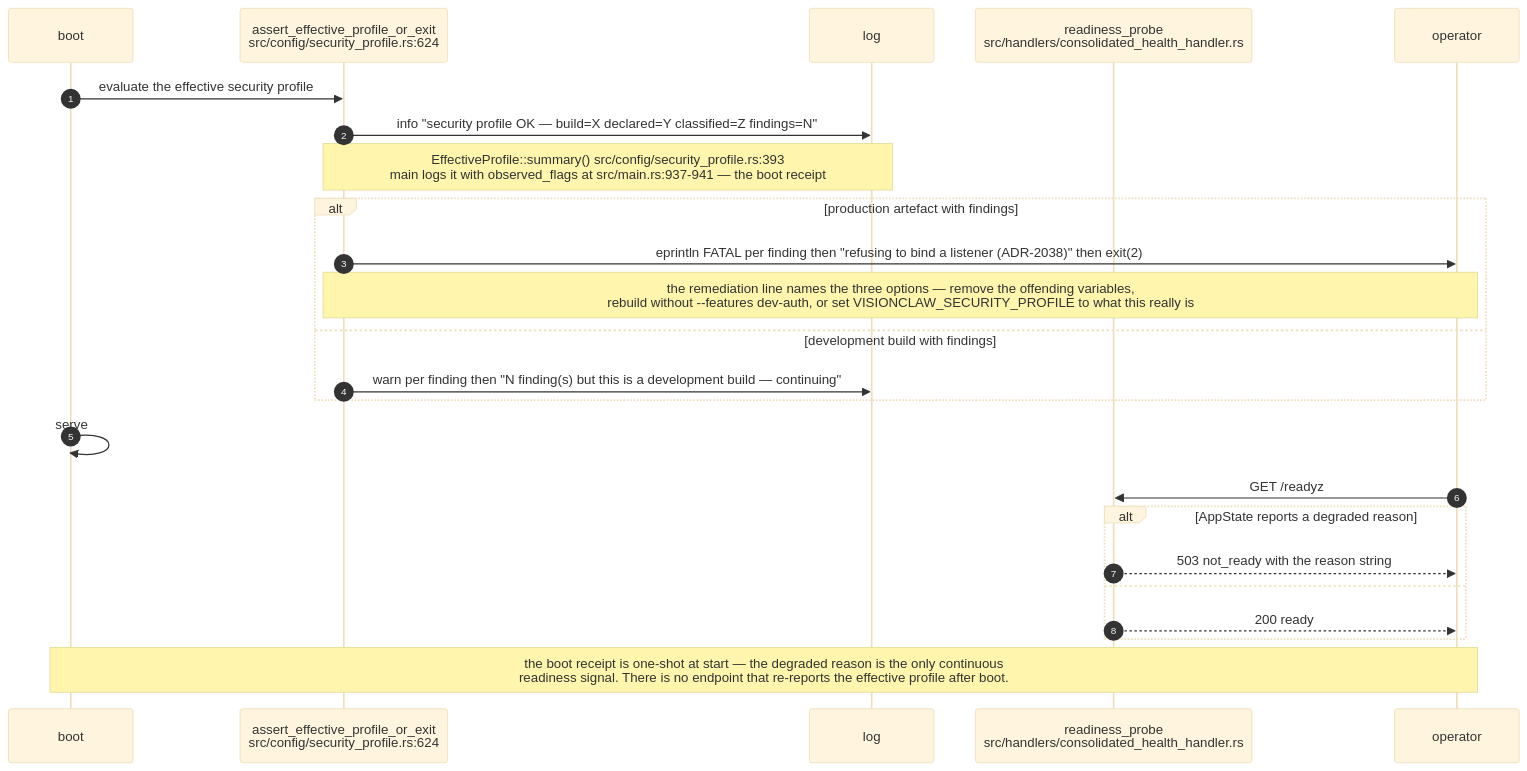
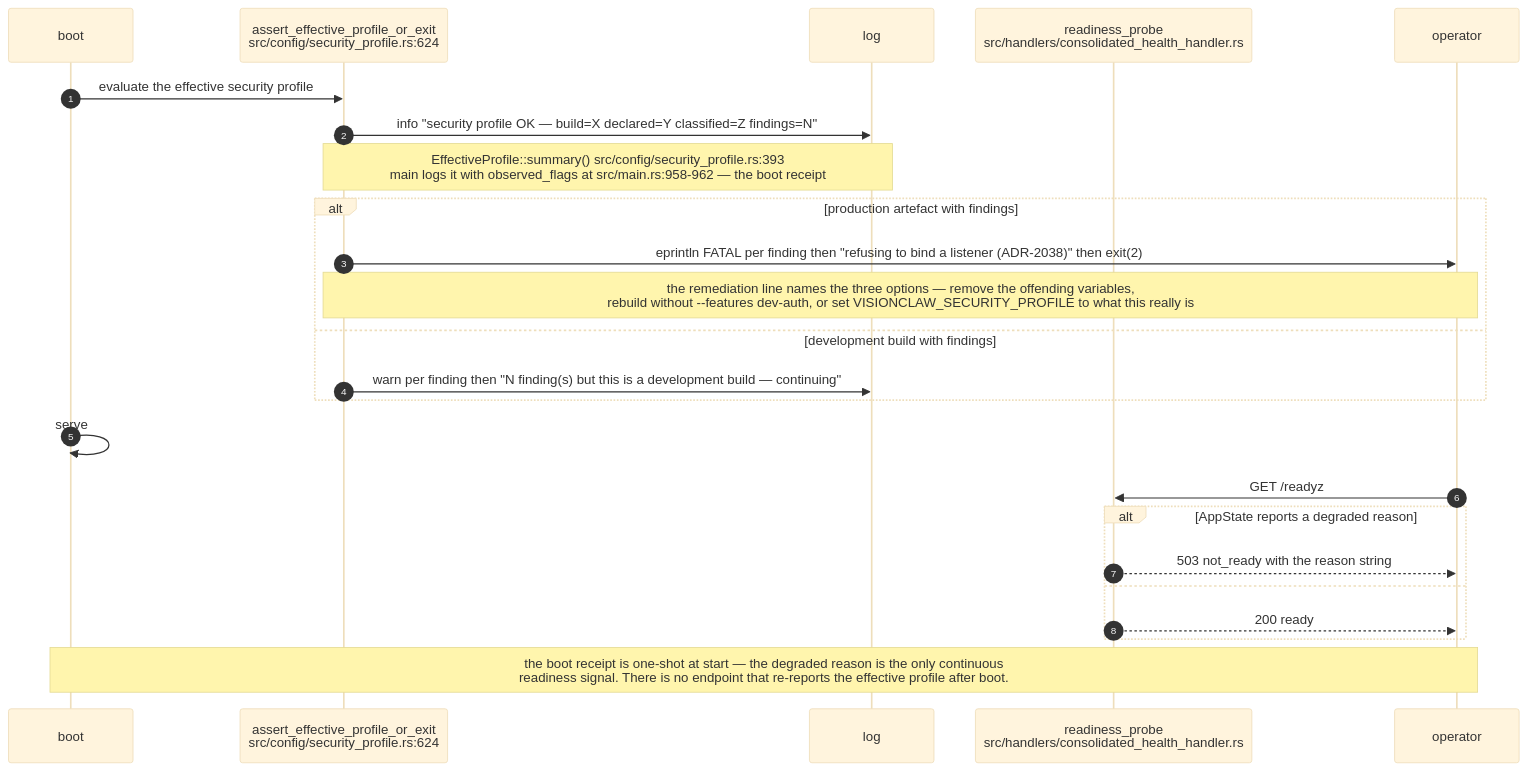
The ninth of 9 diagrams in docs/diagrams/visionclaw/08-observability-health-and-dev-loop.md (DreamLab-AI/VisionFlow), drawn with Mermaid (base theme) before and after one commit. The commit also changed other lines of this file and 160 other files, not shown here.

````diff
--- a/docs/diagrams/visionclaw/08-observability-health-and-dev-loop.md
+++ b/docs/diagrams/visionclaw/08-observability-health-and-dev-loop.md
@@ -307,27 +316,27 @@
 ```mermaid
 sequenceDiagram
     autonumber
     participant B as boot
     participant P as assert_effective_profile_or_exit<br/>src/config/security_profile.rs:624
     participant L as log
     participant R as readiness_probe<br/>src/handlers/consolidated_health_handler.rs
     participant O as operator
 
     B->>P: evaluate the effective security profile
     P->>L: info "security profile OK — build=X declared=Y classified=Z findings=N"
-    Note over P,L: EffectiveProfile::summary() src/config/security_profile.rs:393<br/>main logs it with observed_flags at src/main.rs:937-941 — the boot receipt
+    Note over P,L: EffectiveProfile::summary() src/config/security_profile.rs:393<br/>main logs it with observed_flags at src/main.rs:958-962 — the boot receipt
     alt production artefact with findings
         P->>O: eprintln FATAL per finding then "refusing to bind a listener (ADR-2038)" then exit(2)
         Note over P,O: the remediation line names the three options — remove the offending variables,<br/>rebuild without --features dev-auth, or set VISIONCLAW_SECURITY_PROFILE to what this really is
     else development build with findings
         P->>L: warn per finding then "N finding(s) but this is a development build — continuing"
     end
     B->>B: serve
     O->>R: GET /readyz
     alt AppState reports a degraded reason
         R-->>O: 503 not_ready with the reason string
     else
         R-->>O: 200 ready
     end
     Note over B,O: the boot receipt is one-shot at start — the degraded reason is the only continuous<br/>readiness signal. There is no endpoint that re-reports the effective profile after boot.
 ```
````
